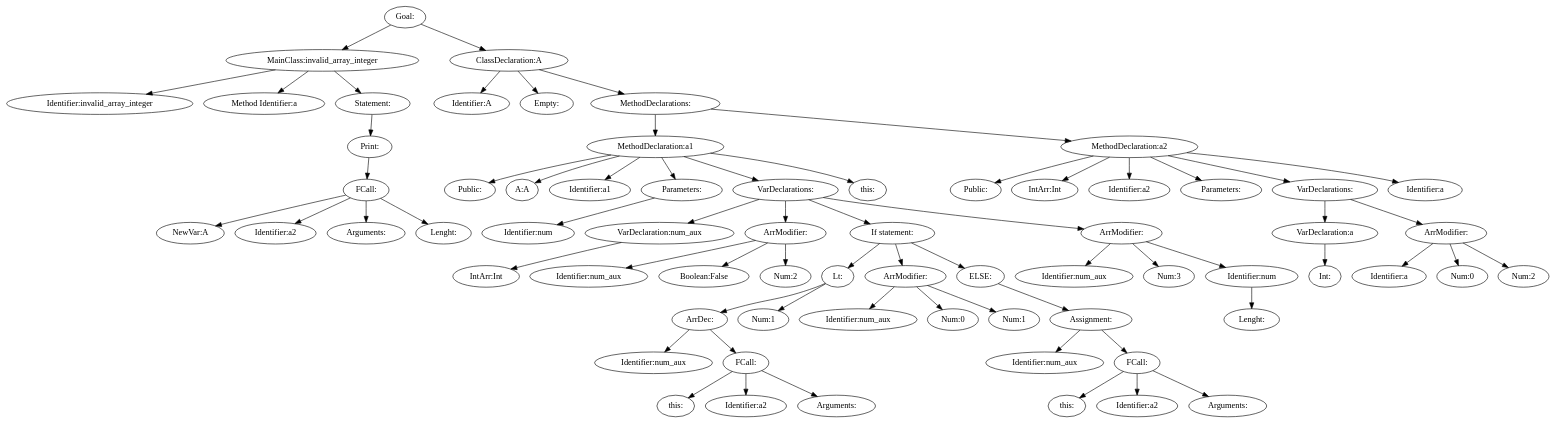
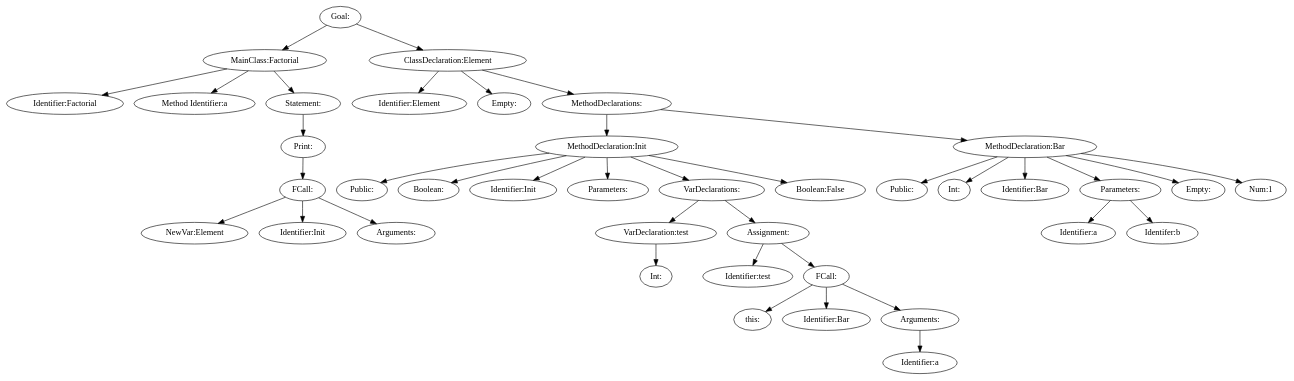
The diagram in assignment2/assignment/tree.dot (JakobAdamsson/Compiler-and-translation-technique), drawn with Graphviz before and after one commit. The commit also changed 15 other files, not shown here.

```diff
--- a/assignment2/assignment/tree.dot
+++ b/assignment2/assignment/tree.dot
@@ -1,135 +1,79 @@
 digraph {
 n0 [label="Goal:"];
-n1 [label="MainClass:invalid_array_integer"];
-n2 [label="Identifier:invalid_array_integer"];
+n1 [label="MainClass:Factorial"];
+n2 [label="Identifier:Factorial"];
 n1 -> n2
 n3 [label="Method Identifier:a"];
 n1 -> n3
 n4 [label="Statement:"];
 n5 [label="Print:"];
 n6 [label="FCall:"];
-n7 [label="NewVar:A"];
+n7 [label="NewVar:Element"];
 n6 -> n7
-n8 [label="Identifier:a2"];
+n8 [label="Identifier:Init"];
 n6 -> n8
 n9 [label="Arguments:"];
 n6 -> n9
-n10 [label="Lenght:"];
-n6 -> n10
 n5 -> n6
 n4 -> n5
 n1 -> n4
 n0 -> n1
-n11 [label="ClassDeclaration:A"];
-n12 [label="Identifier:A"];
-n11 -> n12
-n13 [label="Empty:"];
-n11 -> n13
-n14 [label="MethodDeclarations:"];
-n15 [label="MethodDeclaration:a1"];
-n16 [label="Public:"];
-n15 -> n16
-n17 [label="A:A"];
-n15 -> n17
-n18 [label="Identifier:a1"];
-n15 -> n18
-n19 [label="Parameters:"];
-n20 [label="Identifier:num"];
+n10 [label="ClassDeclaration:Element"];
+n11 [label="Identifier:Element"];
+n10 -> n11
+n12 [label="Empty:"];
+n10 -> n12
+n13 [label="MethodDeclarations:"];
+n14 [label="MethodDeclaration:Init"];
+n15 [label="Public:"];
+n14 -> n15
+n16 [label="Boolean:"];
+n14 -> n16
+n17 [label="Identifier:Init"];
+n14 -> n17
+n18 [label="Parameters:"];
+n14 -> n18
+n19 [label="VarDeclarations:"];
+n20 [label="VarDeclaration:test"];
+n21 [label="Int:"];
+n20 -> n21
 n19 -> n20
-n15 -> n19
-n21 [label="VarDeclarations:"];
-n22 [label="VarDeclaration:num_aux"];
-n23 [label="IntArr:Int"];
+n22 [label="Assignment:"];
+n23 [label="Identifier:test"];
 n22 -> n23
-n21 -> n22
-n24 [label="ArrModifier:"];
-n25 [label="Identifier:num_aux"];
+n24 [label="FCall:"];
+n25 [label="this:"];
 n24 -> n25
-n26 [label="Boolean:False"];
+n26 [label="Identifier:Bar"];
 n24 -> n26
-n27 [label="Num:2"];
+n27 [label="Arguments:"];
+n28 [label="Identifier:a"];
+n27 -> n28
 n24 -> n27
-n21 -> n24
-n28 [label="If statement:"];
-n29 [label="Lt:"];
-n30 [label="ArrDec:"];
-n31 [label="Identifier:num_aux"];
+n22 -> n24
+n19 -> n22
+n14 -> n19
+n29 [label="Boolean:False"];
+n14 -> n29
+n13 -> n14
+n30 [label="MethodDeclaration:Bar"];
+n31 [label="Public:"];
 n30 -> n31
-n32 [label="FCall:"];
-n33 [label="this:"];
-n32 -> n33
-n34 [label="Identifier:a2"];
-n32 -> n34
-n35 [label="Arguments:"];
-n32 -> n35
+n32 [label="Int:"];
 n30 -> n32
-n29 -> n30
-n36 [label="Num:1"];
-n29 -> n36
-n28 -> n29
-n37 [label="ArrModifier:"];
-n38 [label="Identifier:num_aux"];
-n37 -> n38
-n39 [label="Num:0"];
-n37 -> n39
-n40 [label="Num:1"];
-n37 -> n40
-n28 -> n37
-n41 [label="ELSE:"];
-n42 [label="Assignment:"];
-n43 [label="Identifier:num_aux"];
-n42 -> n43
-n44 [label="FCall:"];
-n45 [label="this:"];
-n44 -> n45
-n46 [label="Identifier:a2"];
-n44 -> n46
-n47 [label="Arguments:"];
-n44 -> n47
-n42 -> n44
-n41 -> n42
-n28 -> n41
-n21 -> n28
-n48 [label="ArrModifier:"];
-n49 [label="Identifier:num_aux"];
-n48 -> n49
-n50 [label="Num:3"];
-n48 -> n50
-n51 [label="Identifier:num"];
-n52 [label="Lenght:"];
-n51 -> n52
-n48 -> n51
-n21 -> n48
-n15 -> n21
-n53 [label="this:"];
-n15 -> n53
-n14 -> n15
-n54 [label="MethodDeclaration:a2"];
-n55 [label="Public:"];
-n54 -> n55
-n56 [label="IntArr:Int"];
-n54 -> n56
-n57 [label="Identifier:a2"];
-n54 -> n57
-n58 [label="Parameters:"];
-n54 -> n58
-n59 [label="VarDeclarations:"];
-n60 [label="VarDeclaration:a"];
-n61 [label="Int:"];
-n60 -> n61
-n59 -> n60
-n62 [label="ArrModifier:"];
-n63 [label="Identifier:a"];
-n62 -> n63
-n64 [label="Num:0"];
-n62 -> n64
-n65 [label="Num:2"];
-n62 -> n65
-n59 -> n62
-n54 -> n59
-n66 [label="Identifier:a"];
-n54 -> n66
-n14 -> n54
-n11 -> n14
-n0 -> n11
+n33 [label="Identifier:Bar"];
+n30 -> n33
+n34 [label="Parameters:"];
+n35 [label="Identifier:a"];
+n34 -> n35
+n36 [label="Identifer:b"];
+n34 -> n36
+n30 -> n34
+n37 [label="Empty:"];
+n30 -> n37
+n38 [label="Num:1"];
+n30 -> n38
+n13 -> n30
+n10 -> n13
+n0 -> n10
 }
```
